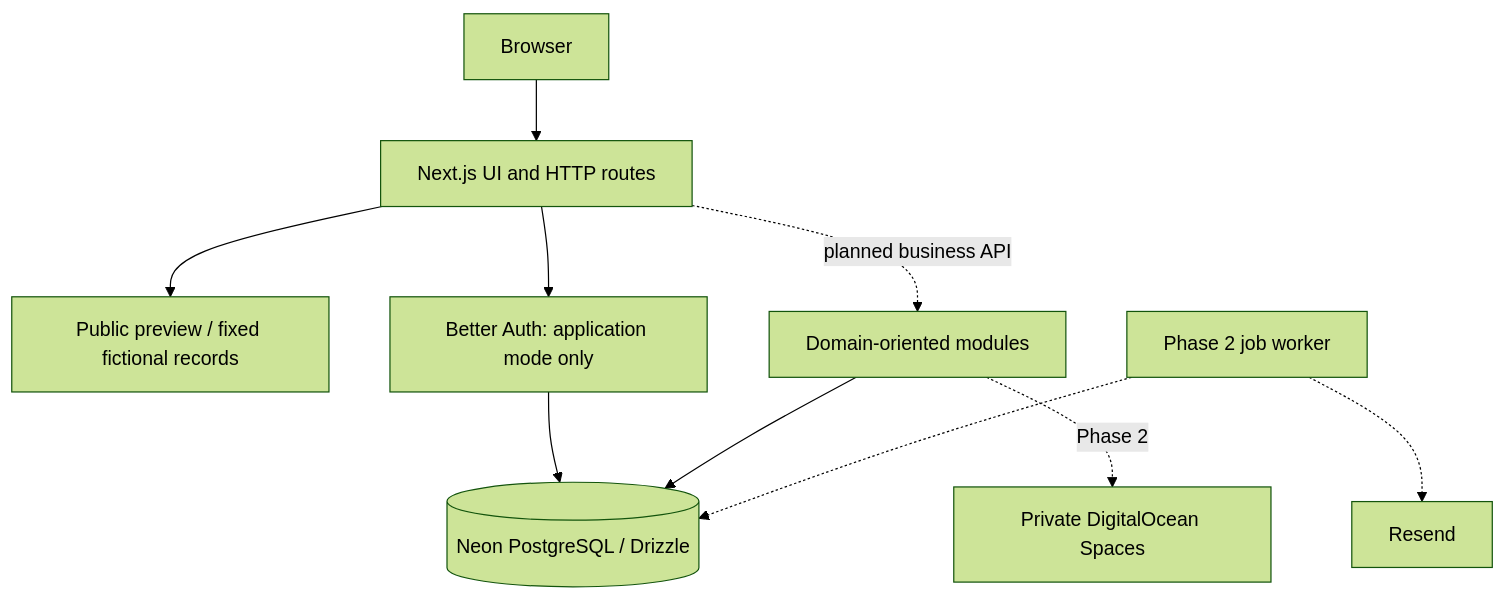
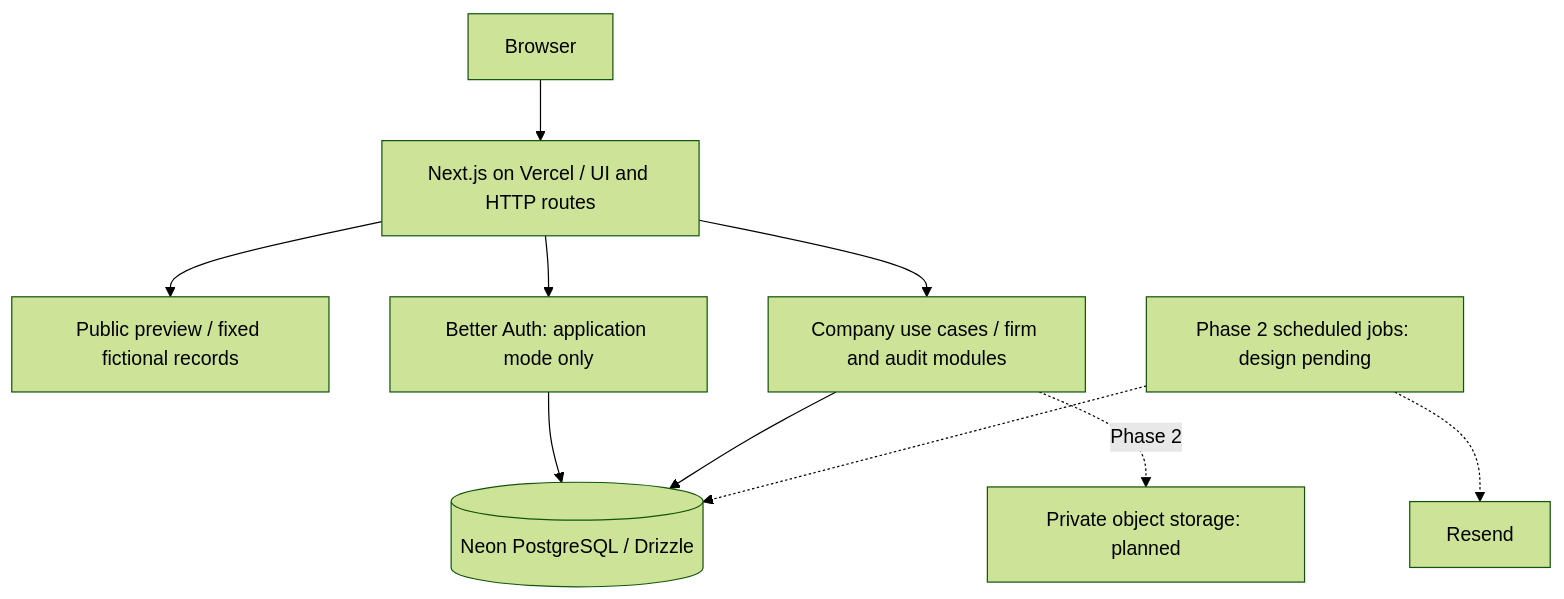
Before and after one commit to Prem790/MCA-Software: the diagram in README.md, drawn with Mermaid (forest theme). The commit also changed other lines of this file, not shown here.

Commit message:
feat: update README with Phase 2 features and deployment instructions

````diff
--- a/README.md
+++ b/README.md
@@ -49,12 +61,12 @@
 ```mermaid
 flowchart TD
-    Browser[Browser] --> Web[Next.js UI and HTTP routes]
+    Browser[Browser] --> Web[Next.js on Vercel / UI and HTTP routes]
     Web --> Preview[Public preview / fixed fictional records]
     Web --> Auth[Better Auth: application mode only]
-    Web -. planned business API .-> Modules[Domain-oriented modules]
+    Web --> Modules[Company use cases / firm and audit modules]
     Auth --> Database[(Neon PostgreSQL / Drizzle)]
     Modules --> Database
-    Modules -. Phase 2 .-> Storage[Private DigitalOcean Spaces]
-    Worker[Phase 2 job worker] -.-> Database
+    Modules -. Phase 2 .-> Storage[Private object storage: planned]
+    Worker[Phase 2 scheduled jobs: design pending] -.-> Database
     Worker -.-> Email[Resend]
 ```
````
